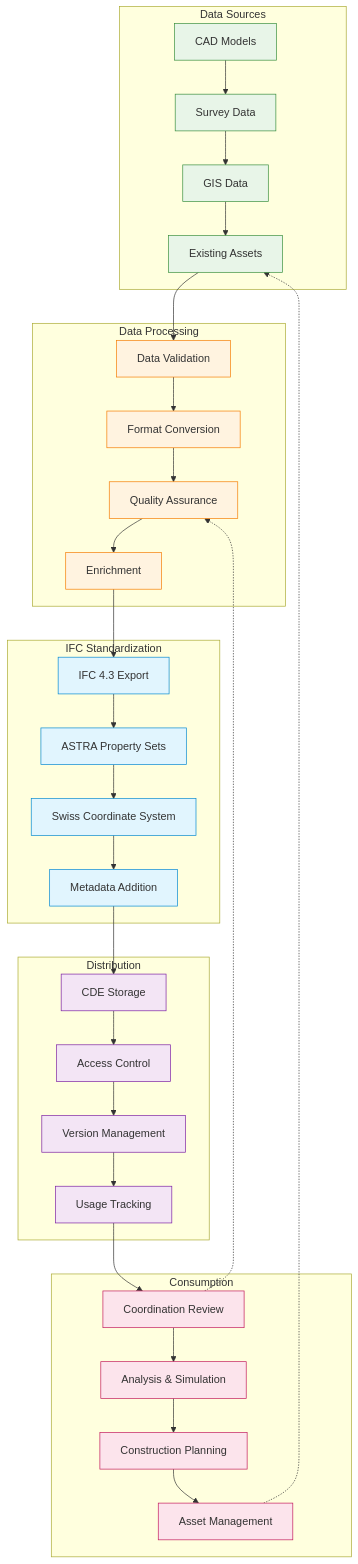
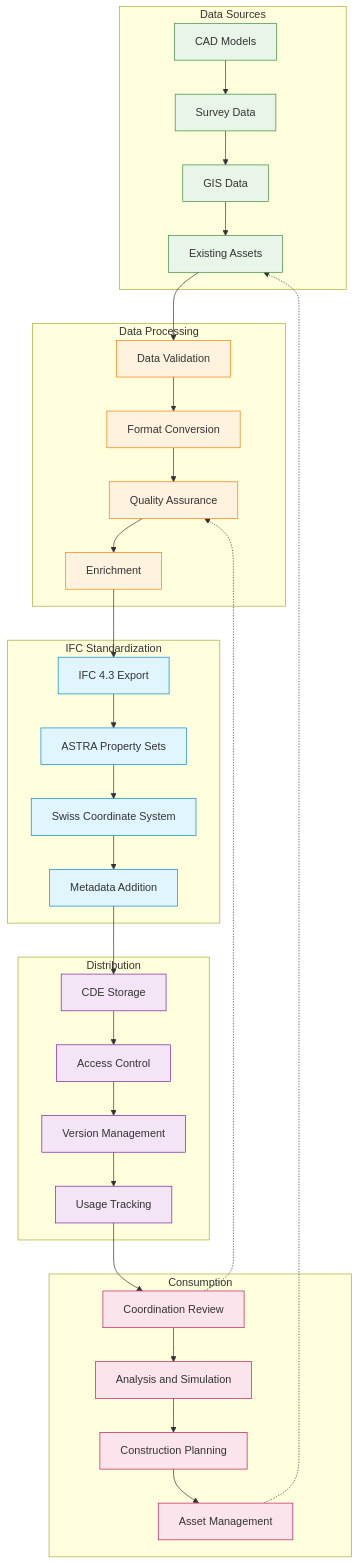
One commit to NikolayBorissovASTRA/bim changed the ninth of 13 diagrams in bim-anforderungen_infra.md. Above: the diagram before and after it, drawn with Mermaid. The commit also changed other lines of this file, not shown here.

````diff
--- a/bim-anforderungen_infra.md
+++ b/bim-anforderungen_infra.md
@@ -1077,53 +1098,53 @@
 ```mermaid
 flowchart TD
     subgraph "Data Sources"
         DS1[CAD Models] --> DS2[Survey Data]
         DS2 --> DS3[GIS Data]
         DS3 --> DS4[Existing Assets]
     end
     
     subgraph "Data Processing"
         DP1[Data Validation] --> DP2[Format Conversion]
         DP2 --> DP3[Quality Assurance]
         DP3 --> DP4[Enrichment]
     end
     
     subgraph "IFC Standardization"
         IS1[IFC 4.3 Export] --> IS2[ASTRA Property Sets]
         IS2 --> IS3[Swiss Coordinate System]
         IS3 --> IS4[Metadata Addition]
     end
     
     subgraph "Distribution"
         DI1[CDE Storage] --> DI2[Access Control]
         DI2 --> DI3[Version Management]
         DI3 --> DI4[Usage Tracking]
     end
     
     subgraph "Consumption"
-        CO1[Coordination Review] --> CO2[Analysis & Simulation]
+        CO1[Coordination Review] --> CO2[Analysis and Simulation]
         CO2 --> CO3[Construction Planning]
         CO3 --> CO4[Asset Management]
     end
     
     DS4 --> DP1
     DP4 --> IS1
     IS4 --> DI1
     DI4 --> CO1
     
     %% Feedback loops
     CO1 -.-> DP3
     CO4 -.-> DS4
     
     classDef source fill:#e8f5e8,stroke:#388e3c
     classDef processing fill:#fff3e0,stroke:#f57c00
     classDef standardization fill:#e1f5fe,stroke:#0288d1
     classDef distribution fill:#f3e5f5,stroke:#7b1fa2
     classDef consumption fill:#fce4ec,stroke:#c2185b
     
     class DS1,DS2,DS3,DS4 source
     class DP1,DP2,DP3,DP4 processing
     class IS1,IS2,IS3,IS4 standardization
     class DI1,DI2,DI3,DI4 distribution
     class CO1,CO2,CO3,CO4 consumption
 ```
````
